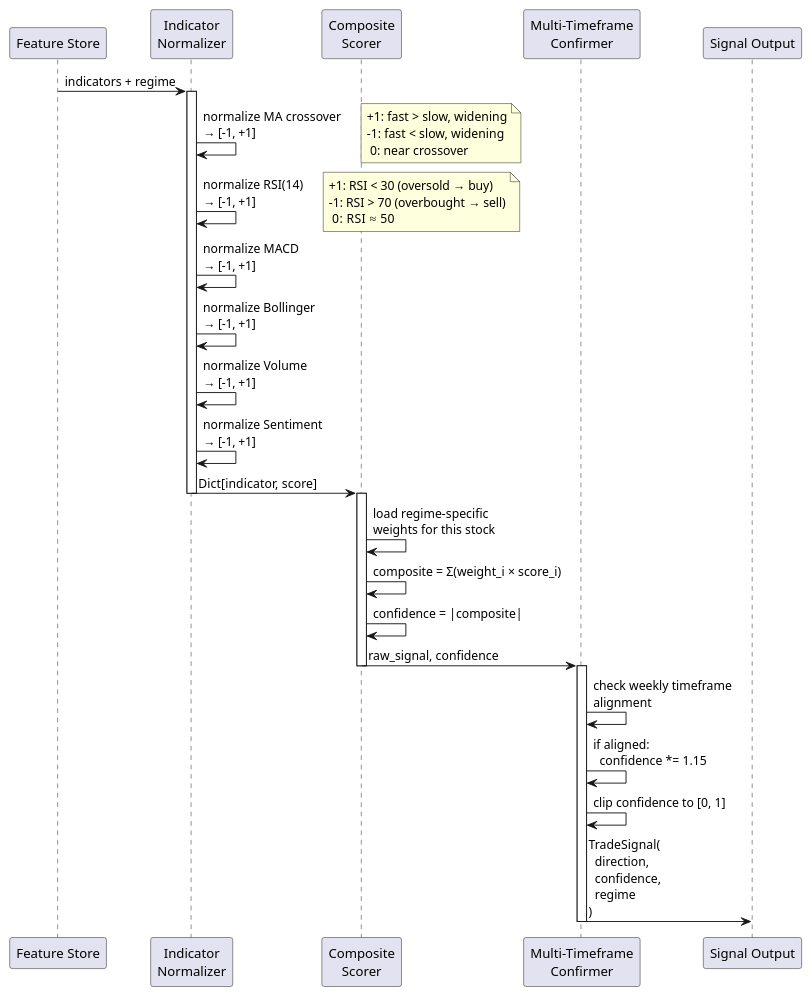
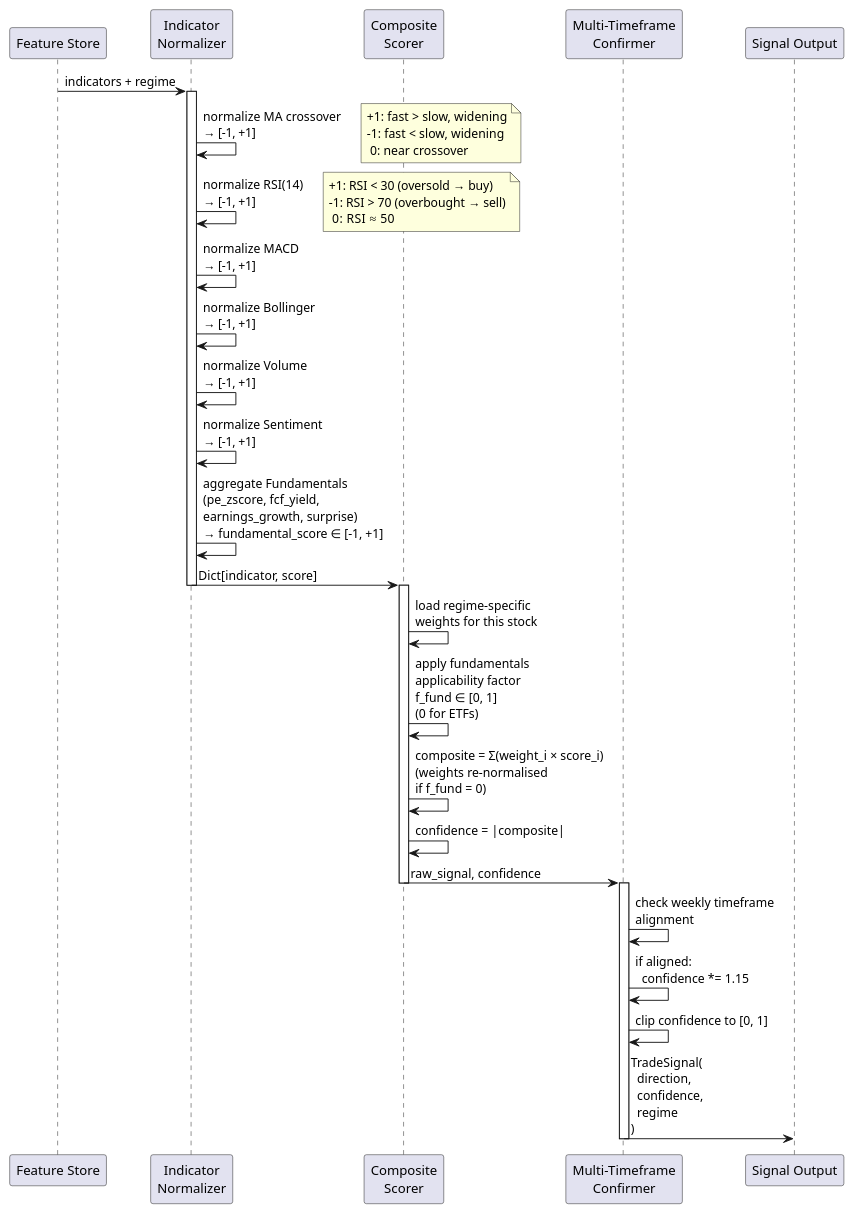
The fourth of 13 diagrams in docs/architecture.md (bitandbytes/Argus), drawn with PlantUML before and after one commit. The commit also changed other lines of this file and 5 other files, not shown here.

````diff
--- a/docs/architecture.md
+++ b/docs/architecture.md
@@ -303,51 +346,53 @@
 ```plantuml
 @startuml
 skinparam backgroundColor white
 
 participant "Feature Store" as FS
 participant "Indicator\nNormalizer" as IN
 participant "Composite\nScorer" as CS
 participant "Multi-Timeframe\nConfirmer" as MTC
 participant "Signal Output" as SO
 
 FS -> IN : indicators + regime
 activate IN
 
 IN -> IN : normalize MA crossover\n→ [-1, +1]
 note right
   +1: fast > slow, widening
   -1: fast < slow, widening
    0: near crossover
 end note
 
 IN -> IN : normalize RSI(14)\n→ [-1, +1]
 note right
   +1: RSI < 30 (oversold → buy)
   -1: RSI > 70 (overbought → sell)
    0: RSI ≈ 50
 end note
 
 IN -> IN : normalize MACD\n→ [-1, +1]
 IN -> IN : normalize Bollinger\n→ [-1, +1]
 IN -> IN : normalize Volume\n→ [-1, +1]
 IN -> IN : normalize Sentiment\n→ [-1, +1]
+IN -> IN : aggregate Fundamentals\n(pe_zscore, fcf_yield,\nearnings_growth, surprise)\n→ fundamental_score ∈ [-1, +1]
 
 IN -> CS : Dict[indicator, score]
 deactivate IN
 
 activate CS
 CS -> CS : load regime-specific\nweights for this stock
-CS -> CS : composite = Σ(weight_i × score_i)
+CS -> CS : apply fundamentals\napplicability factor\nf_fund ∈ [0, 1]\n(0 for ETFs)
+CS -> CS : composite = Σ(weight_i × score_i)\n(weights re-normalised\nif f_fund = 0)
 CS -> CS : confidence = |composite|
 CS -> MTC : raw_signal, confidence
 deactivate CS
 
 activate MTC
 MTC -> MTC : check weekly timeframe\nalignment
 MTC -> MTC : if aligned:\n  confidence *= 1.15
 MTC -> MTC : clip confidence to [0, 1]
 MTC -> SO : TradeSignal(\n  direction,\n  confidence,\n  regime\n)
 deactivate MTC
 
 @enduml
 ```
````
